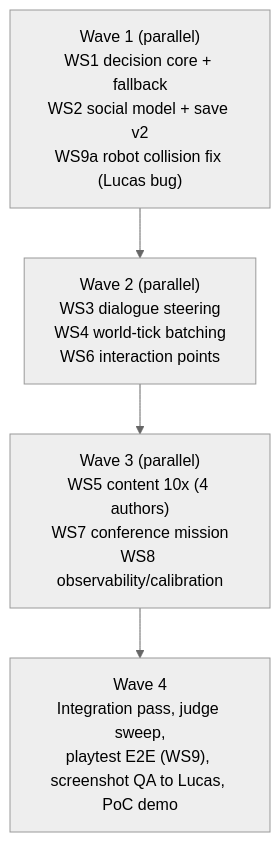
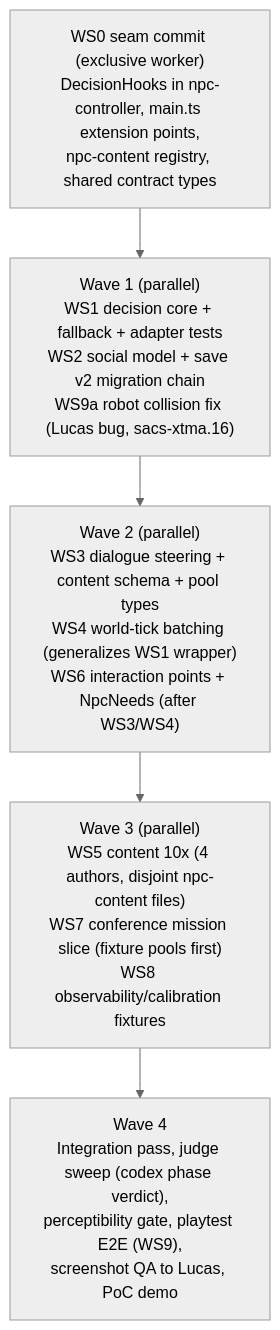
One commit to LucasMatuszewski/ai-trainer-simulator changed the diagram in docs/plans/2026-09-28-jev-parallel-implementation.md. Above: the diagram before and after it, drawn with Mermaid (neutral theme). The commit also changed other lines of this file and 5 other files, not shown here.

````diff
--- a/docs/plans/2026-09-28-jev-parallel-implementation.md
+++ b/docs/plans/2026-09-28-jev-parallel-implementation.md
@@ -30,6 +46,7 @@
 ```mermaid
 flowchart TD
-    W1["Wave 1 (parallel)\nWS1 decision core + fallback\nWS2 social model + save v2\nWS9a robot collision fix (Lucas bug)"] --> W2["Wave 2 (parallel)\nWS3 dialogue steering\nWS4 world-tick batching\nWS6 interaction points"]
-    W2 --> W3["Wave 3 (parallel)\nWS5 content 10x (4 authors)\nWS7 conference mission\nWS8 observability/calibration"]
-    W3 --> W4["Wave 4\nIntegration pass, judge sweep,\nplaytest E2E (WS9), screenshot QA to Lucas, PoC demo"]
+    W0["WS0 seam commit (exclusive worker)\nDecisionHooks in npc-controller, main.ts extension points,\nnpc-content registry, shared contract types"] --> W1["Wave 1 (parallel)\nWS1 decision core + fallback + adapter tests\nWS2 social model + save v2 migration chain\nWS9a robot collision fix (Lucas bug, sacs-xtma.16)"]
+    W1 --> W2["Wave 2 (parallel)\nWS3 dialogue steering + content schema + pool types\nWS4 world-tick batching (generalizes WS1 wrapper)\nWS6 interaction points + NpcNeeds (after WS3/WS4)"]
+    W2 --> W3["Wave 3 (parallel)\nWS5 content 10x (4 authors, disjoint npc-content files)\nWS7 conference mission slice (fixture pools first)\nWS8 observability/calibration fixtures"]
+    W3 --> W4["Wave 4\nIntegration pass, judge sweep (codex phase verdict),\nperceptibility gate, playtest E2E (WS9),\nscreenshot QA to Lucas, PoC demo"]
 ```
````
